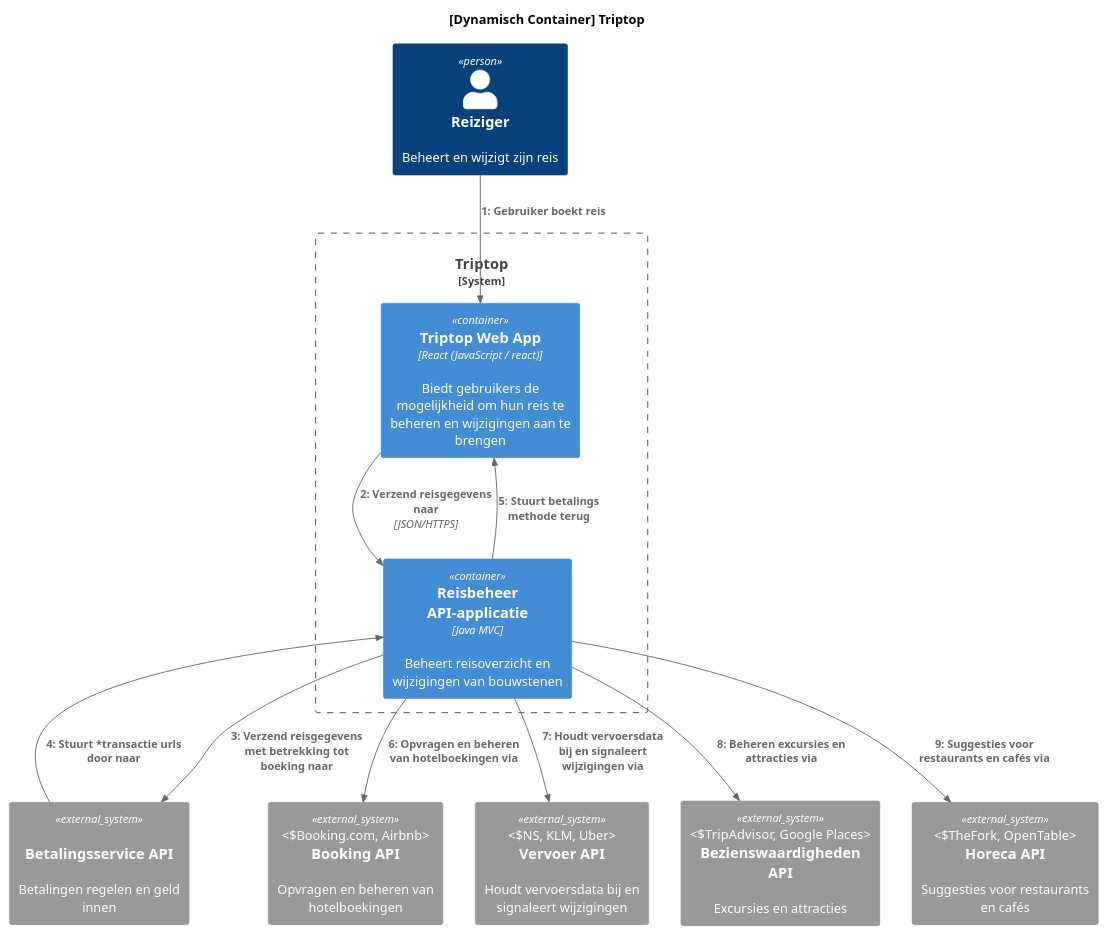
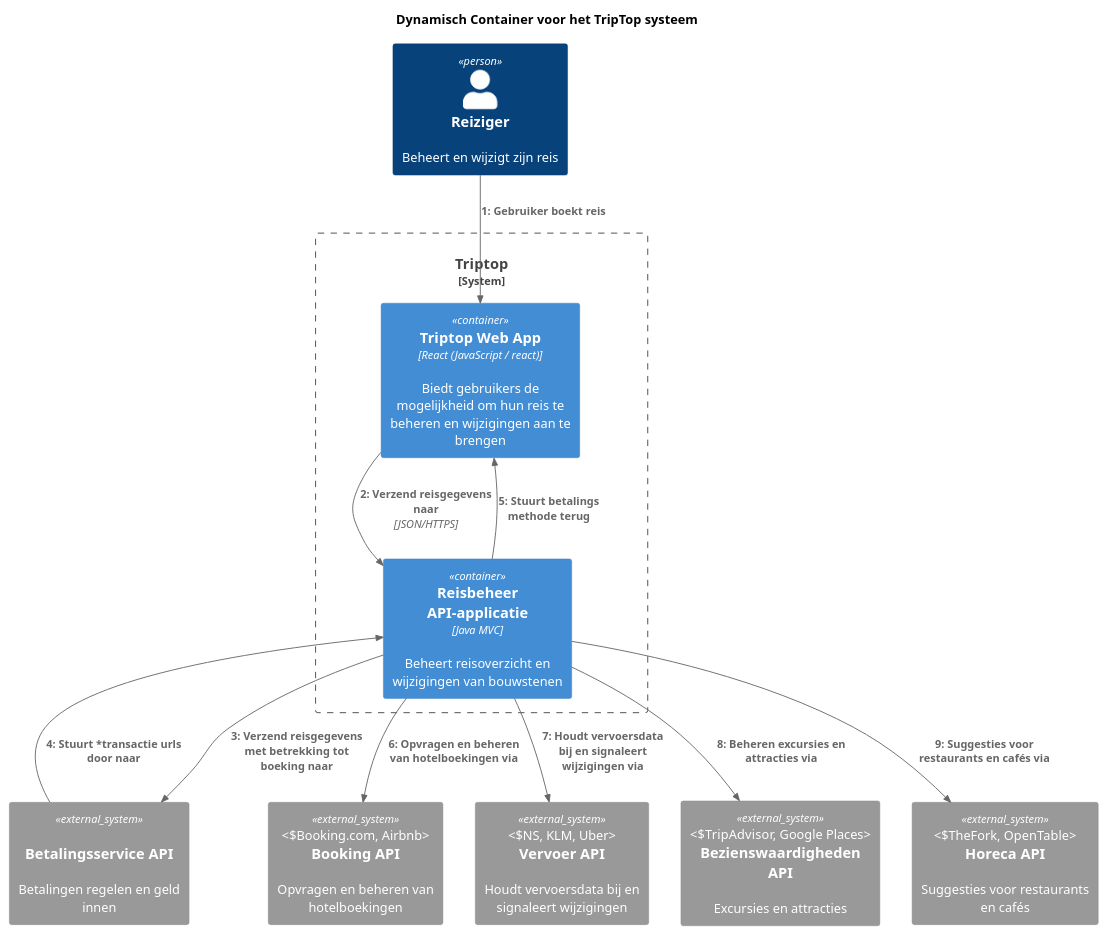
The diagram in opdracht-diagrammen/Dynamisch Diagram reisBoeken.puml (AIM-ENE-feb25/triptop-groep-4-afscheidscadeau-voor-juf-kim), drawn with PlantUML before and after one commit. The commit also changed 3 other files, not shown here.

Commit message:
Aangepast Diagram Titels

```diff
--- a/opdracht-diagrammen/Dynamisch Diagram reisBoeken.puml
+++ b/opdracht-diagrammen/Dynamisch Diagram reisBoeken.puml
@@ -1,42 +1,42 @@
 @startuml
 !include https://raw.githubusercontent.com/plantuml-stdlib/C4-PlantUML/master/C4_Dynamic.puml
 
-title [Dynamisch Container] Triptop
+title Dynamisch Container voor het TripTop systeem
 
 Person(user, "Reiziger", "Beheert en wijzigt zijn reis")
 
 System_Boundary(triptop, "Triptop") {
 
     Container(web, "Triptop Web App", "React (JavaScript / react)", "Biedt gebruikers de mogelijkheid om hun reis te beheren en wijzigingen aan te brengen")
 
 '    Nodig?
 '    Container(api, "API Gateway", "Java MVC", "")
 
     Container(trip_manager, "Reisbeheer API-applicatie", "Java MVC", "Beheert reisoverzicht en wijzigingen van bouwstenen")
 }
 
 
 System_Ext(booking, "Booking API", "Opvragen en beheren van hotelboekingen", "Booking.com, Airbnb")
 
 System_Ext(transport, "Vervoer API", "Houdt vervoersdata bij en signaleert wijzigingen", "NS, KLM, Uber")
 
 System_Ext(attractions, "Bezienswaardigheden API", "Excursies en attracties", "TripAdvisor, Google Places")
 
 System_Ext(horeca, "Horeca API", "Suggesties voor restaurants en cafés", "TheFork, OpenTable")
 
 System_Ext(betaling, "Betalingsservice API", "Betalingen regelen en geld innen", "Stripe")
 
 Rel(user, web, "Gebruiker boekt reis")
 Rel(web, trip_manager, "Verzend reisgegevens naar", JSON/HTTPS)
 Rel(trip_manager, betaling, "Verzend reisgegevens met betrekking tot boeking naar")
 Rel(betaling, trip_manager, "Stuurt *transactie urls door naar")
 Rel(trip_manager, web, "Stuurt betalings methode terug")
 
 
 ' Connecting all APIs to Reisbeheer API applicatie
 Rel(trip_manager, booking, "Opvragen en beheren van hotelboekingen via")
 Rel(trip_manager, transport, "Houdt vervoersdata bij en signaleert wijzigingen via")
 Rel(trip_manager, attractions, "Beheren excursies en attracties via")
 Rel(trip_manager, horeca, "Suggesties voor restaurants en cafés via")
 
 @enduml
```
